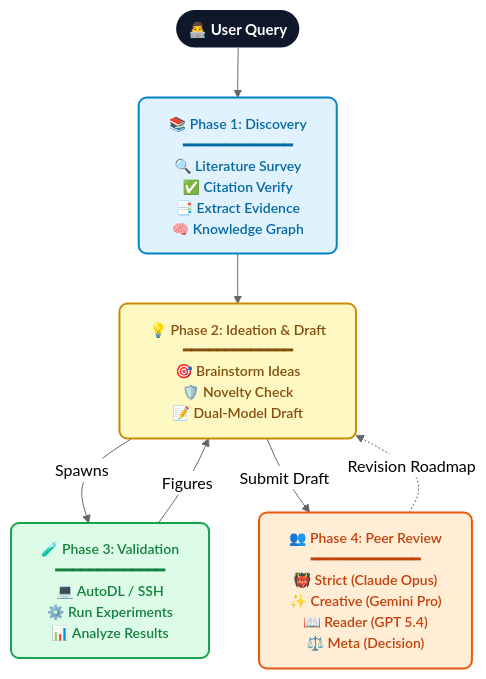
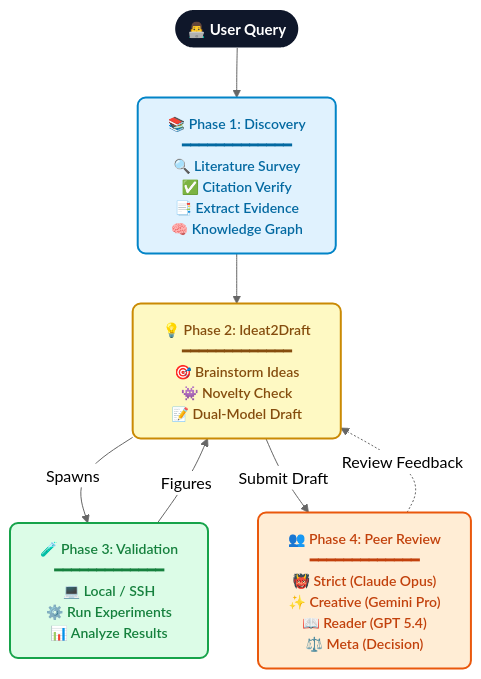
Before and after one commit to ChunqiGuo02/Nexus: the diagram in README.md, drawn with Mermaid (neutral theme).

````diff
--- a/README.md
+++ b/README.md
@@ -24,25 +24,25 @@
 ```mermaid
 flowchart TD
     classDef entry fill:#0f172a,color:#ffffff,stroke:none,rx:8,ry:8,font-weight:bold,font-size:15px
     classDef phase1 fill:#e0f2fe,stroke:#0284c7,stroke-width:2px,rx:8,ry:8,color:#0369a1,font-weight:600,font-size:14px
     classDef phase2 fill:#fef9c3,stroke:#ca8a04,stroke-width:2px,rx:8,ry:8,color:#854d0e,font-weight:600,font-size:14px
     classDef phase3 fill:#dcfce7,stroke:#16a34a,stroke-width:2px,rx:8,ry:8,color:#15803d,font-weight:600,font-size:14px
     classDef phase4 fill:#ffedd5,stroke:#ea580c,stroke-width:2px,rx:8,ry:8,color:#c2410c,font-weight:600,font-size:14px
     
     U(["👨‍💻 User Query"]):::entry
     
     P1["📚 Phase 1: Discovery<br>━━━━━━━━━━━━━<br>🔍 Literature Survey<br>✅ Citation Verify<br>📑 Extract Evidence<br>🧠 Knowledge Graph"]:::phase1
     
-    P2["💡 Phase 2: Ideation & Draft<br>━━━━━━━━━━━━━<br>🎯 Brainstorm Ideas<br>🛡️ Novelty Check<br>📝 Dual-Model Draft"]:::phase2
+    P2["💡 Phase 2: Ideat2Draft<br>━━━━━━━━━━━━━<br>🎯 Brainstorm Ideas<br>👾 Novelty Check<br>📝 Dual-Model Draft"]:::phase2
     
-    P3["🧪 Phase 3: Validation<br>━━━━━━━━━━━━━<br>💻 AutoDL / SSH<br>⚙️ Run Experiments<br>📊 Analyze Results"]:::phase3
+    P3["🧪 Phase 3: Validation<br>━━━━━━━━━━━━━<br>💻 Local / SSH<br>⚙️ Run Experiments<br>📊 Analyze Results"]:::phase3
 
     P4["👥 Phase 4: Peer Review<br>━━━━━━━━━━━━━<br>👹 Strict (Claude Opus)<br>✨ Creative (Gemini Pro)<br>📖 Reader (GPT 5.4)<br>⚖️ Meta (Decision)"]:::phase4
 
     U --> P1
     P1 --> P2
     P2 -->|"Spawns"| P3
     P3 -->|"Figures"| P2
     P2 -->|"Submit Draft"| P4
-    P4 -.->|"Revision Roadmap"| P2
+    P4 -.->|"Review Feedback"| P2
 ```
````
